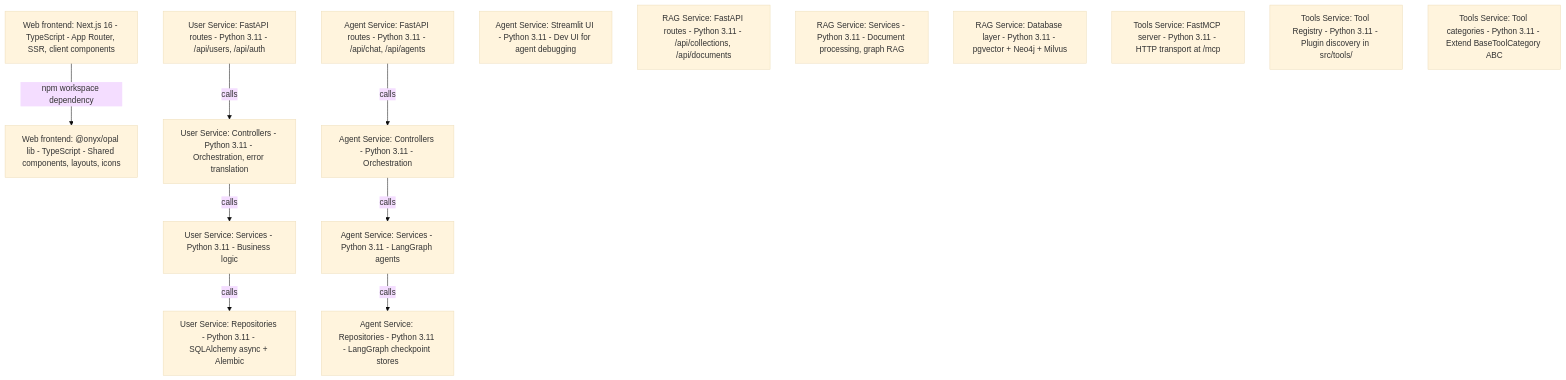
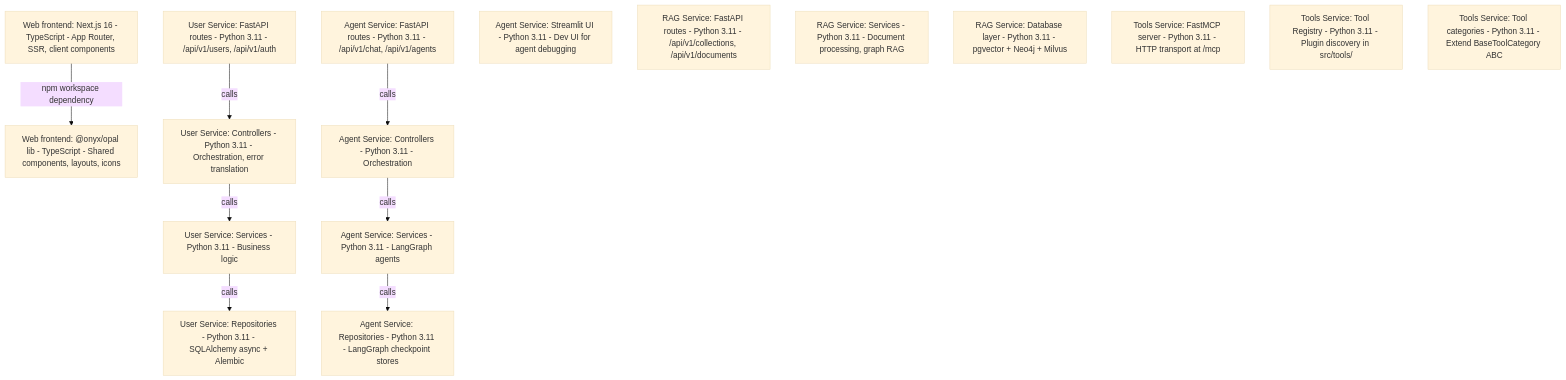
One commit to yurtalangokhan/NewSSI changed the second of 5 diagrams in docs/architecture-overview.md. Above: the diagram before and after it, drawn with Mermaid (base theme). The commit also changed other lines of this file and 13 other files, not shown here.

````diff
--- a/docs/architecture-overview.md
+++ b/docs/architecture-overview.md
@@ -41,34 +41,34 @@
 ```mermaid
 flowchart TB
   nextjs["Web frontend: Next.js 16 - TypeScript - App Router, SSR, client components"]
   opal["Web frontend: @onyx/opal lib - TypeScript - Shared components, layouts, icons"]
 
-  user_api["User Service: FastAPI routes - Python 3.11 - /api/users, /api/auth"]
+  user_api["User Service: FastAPI routes - Python 3.11 - /api/v1/users, /api/v1/auth"]
   user_ctrl["User Service: Controllers - Python 3.11 - Orchestration, error translation"]
   user_logic["User Service: Services - Python 3.11 - Business logic"]
   user_repo["User Service: Repositories - Python 3.11 - SQLAlchemy async + Alembic"]
 
-  agent_api["Agent Service: FastAPI routes - Python 3.11 - /api/chat, /api/agents"]
+  agent_api["Agent Service: FastAPI routes - Python 3.11 - /api/v1/chat, /api/v1/agents"]
   agent_ctrl["Agent Service: Controllers - Python 3.11 - Orchestration"]
   agent_logic["Agent Service: Services - Python 3.11 - LangGraph agents"]
   agent_repo["Agent Service: Repositories - Python 3.11 - LangGraph checkpoint stores"]
   streamlit["Agent Service: Streamlit UI - Python 3.11 - Dev UI for agent debugging"]
 
-  rag_api["RAG Service: FastAPI routes - Python 3.11 - /api/collections, /api/documents"]
+  rag_api["RAG Service: FastAPI routes - Python 3.11 - /api/v1/collections, /api/v1/documents"]
   rag_logic["RAG Service: Services - Python 3.11 - Document processing, graph RAG"]
   rag_db["RAG Service: Database layer - Python 3.11 - pgvector + Neo4j + Milvus"]
 
   mcp_server["Tools Service: FastMCP server - Python 3.11 - HTTP transport at /mcp"]
   tool_registry["Tools Service: Tool Registry - Python 3.11 - Plugin discovery in src/tools/"]
   tool_cats["Tools Service: Tool categories - Python 3.11 - Extend BaseToolCategory ABC"]
 
   nextjs -->|"npm workspace dependency"| opal
 
   user_api -->|"calls"| user_ctrl
   user_ctrl -->|"calls"| user_logic
   user_logic -->|"calls"| user_repo
 
   agent_api -->|"calls"| agent_ctrl
   agent_ctrl -->|"calls"| agent_logic
   agent_logic -->|"calls"| agent_repo
 ```
````
